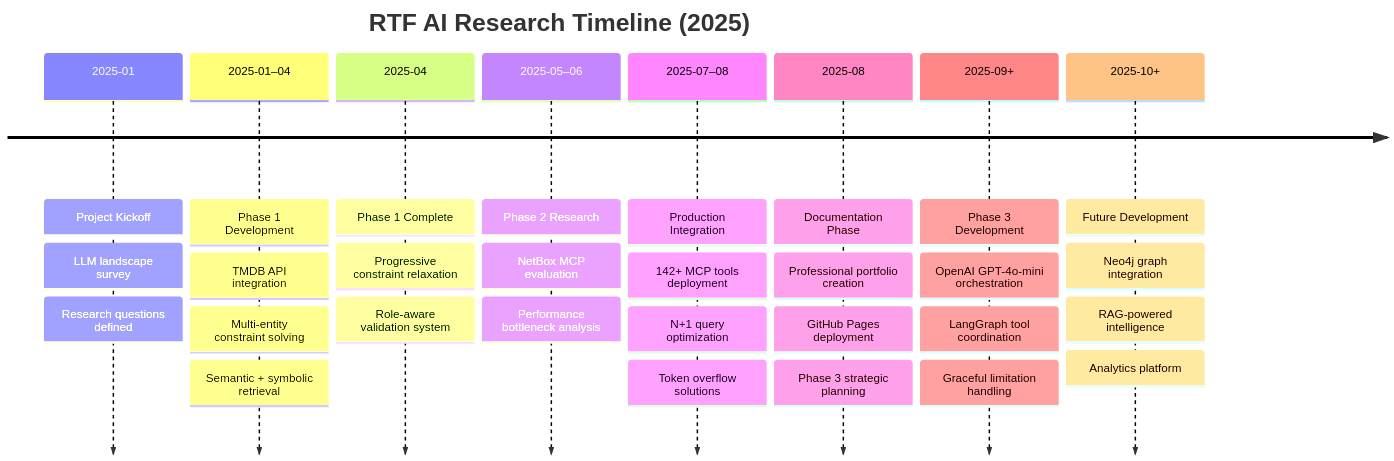
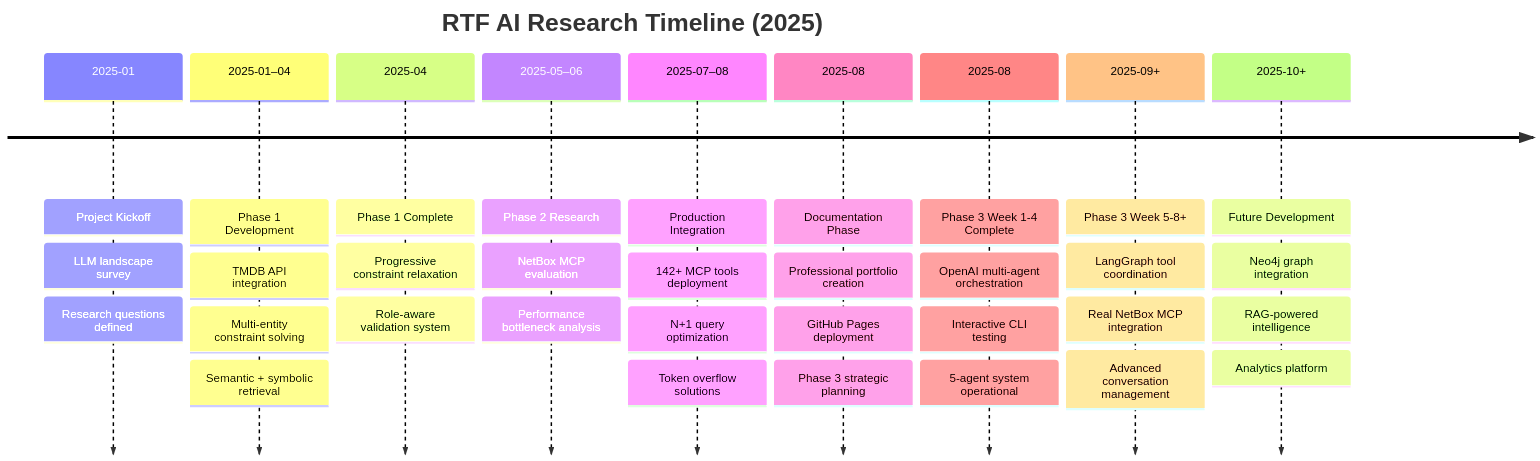
One commit to FinnMacCumail/rtf-research changed the first of 2 diagrams in docs/index.md. Above: the diagram before and after it, drawn with Mermaid. The commit also changed other lines of this file and 12 other files, not shown here.

First line of the commit message:
📝 docs: Document Phase 3 Week 1-4 OpenAI multi-agent orchestration completion

````diff
--- a/docs/index.md
+++ b/docs/index.md
@@ -28,12 +28,13 @@
 ```mermaid
 timeline
     title RTF AI Research Timeline (2025)
     2025-01 : Project Kickoff : LLM landscape survey : Research questions defined
     2025-01–04 : Phase 1 Development : TMDB API integration : Multi-entity constraint solving : Semantic + symbolic retrieval
     2025-04 : Phase 1 Complete : Progressive constraint relaxation : Role-aware validation system
     2025-05–06 : Phase 2 Research : NetBox MCP evaluation : Performance bottleneck analysis
     2025-07–08 : Production Integration : 142+ MCP tools deployment : N+1 query optimization : Token overflow solutions
     2025-08 : Documentation Phase : Professional portfolio creation : GitHub Pages deployment : Phase 3 strategic planning
-    2025-09+ : Phase 3 Development : OpenAI GPT-4o-mini orchestration : LangGraph tool coordination : Graceful limitation handling
+    2025-08 : Phase 3 Week 1-4 Complete : OpenAI multi-agent orchestration : Interactive CLI testing : 5-agent system operational
+    2025-09+ : Phase 3 Week 5-8+ : LangGraph tool coordination : Real NetBox MCP integration : Advanced conversation management
     2025-10+ : Future Development : Neo4j graph integration : RAG-powered intelligence : Analytics platform
 ```
````
